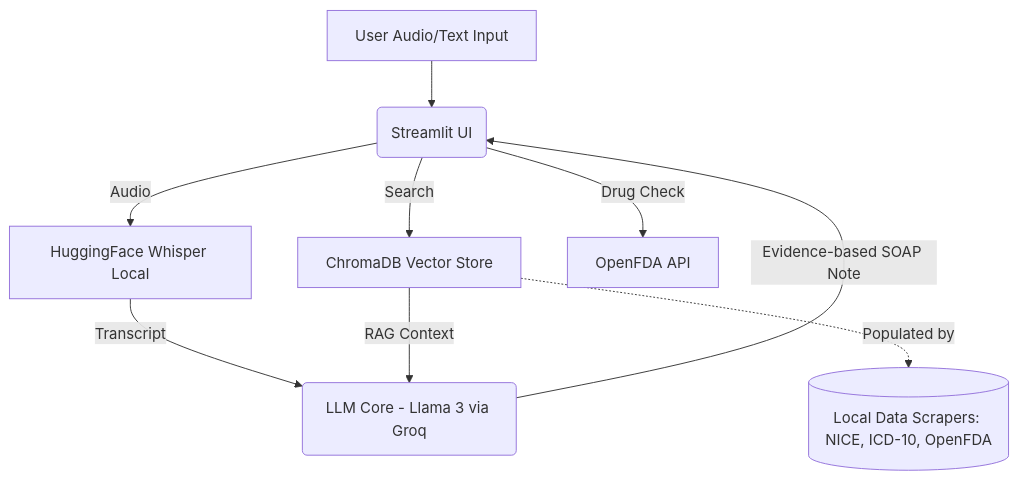
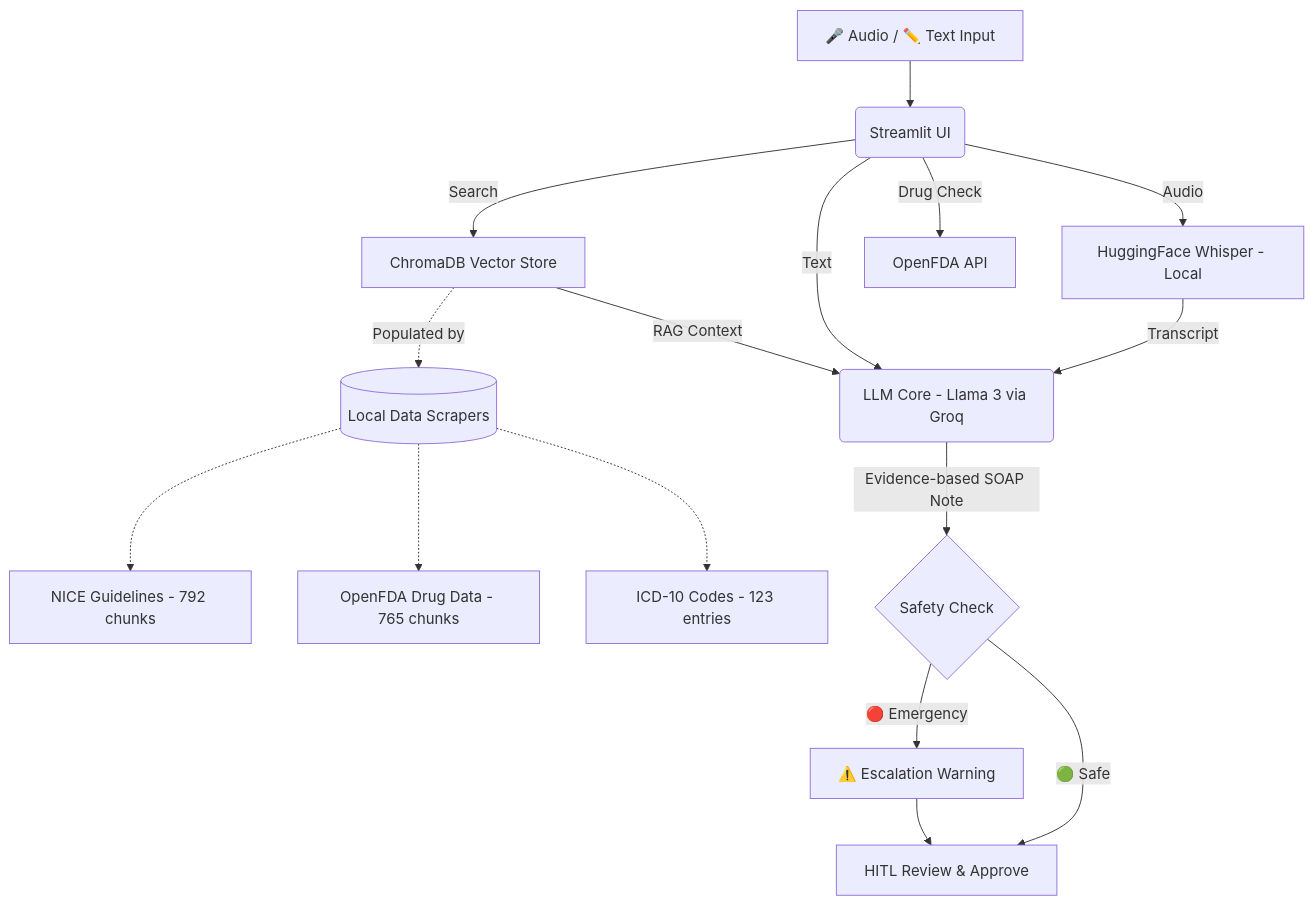
The diagram in README.md (Har-dik25/MediNote), drawn with Mermaid before and after one commit. The commit also changed other lines of this file and 104 other files, not shown here.

````diff
--- a/README.md
+++ b/README.md
@@ -22,11 +28,18 @@
 ```mermaid
 graph TD
-    A[User Audio/Text Input] --> B(Streamlit UI)
-    B -->|Audio| C[HuggingFace Whisper Local]
+    A[🎤 Audio / ✏️ Text Input] --> B(Streamlit UI)
+    B -->|Audio| C[HuggingFace Whisper - Local]
+    C -->|Transcript| D
+    B -->|Text| D(LLM Core - Llama 3 via Groq)
     B -->|Search| E[ChromaDB Vector Store]
-    E -.->|Populated by| F[(Local Data Scrapers: NICE, ICD-10, OpenFDA)]
-    C -->|Transcript| D(LLM Core - Llama 3 via Groq)
+    E -.->|Populated by| F[(Local Data Scrapers)]
+    F -.-> F1[NICE Guidelines - 792 chunks]
+    F -.-> F2[OpenFDA Drug Data - 765 chunks]
+    F -.-> F3[ICD-10 Codes - 123 entries]
     E -->|RAG Context| D
     B -->|Drug Check| G[OpenFDA API]
-    D -->|Evidence-based SOAP Note| B
+    D -->|Evidence-based SOAP Note| H{Safety Check}
+    H -->|🟢 Safe| I[HITL Review & Approve]
+    H -->|🔴 Emergency| J[⚠️ Escalation Warning]
+    J --> I
 ```
````
